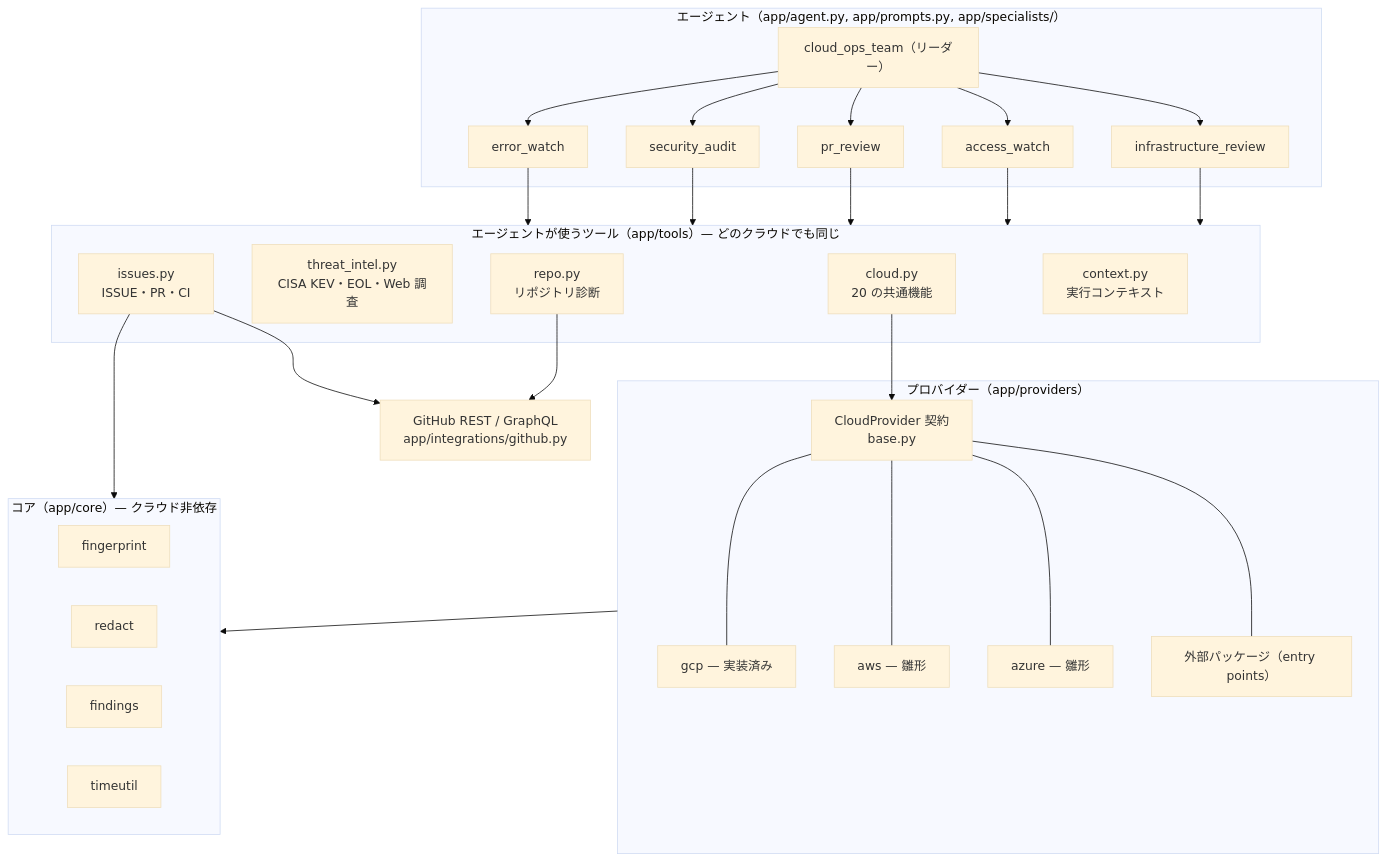
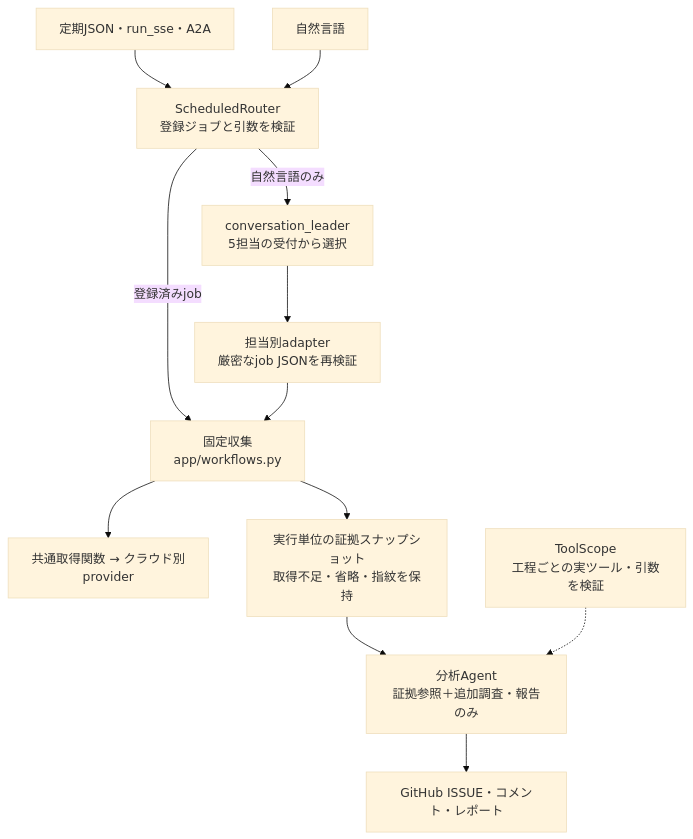
The second of 4 diagrams in docs/architecture.md (atsuki-sakai/cloud-ops-team), drawn with Mermaid (base theme) before and after one commit. The commit also changed other lines of this file and 30 other files, not shown here.

````diff
--- a/docs/architecture.md
+++ b/docs/architecture.md
@@ -44,39 +44,14 @@
 ```mermaid
 flowchart TB
-    subgraph Agents["エージェント（app/agent.py, app/prompts.py, app/specialists/）"]
-        ROOT["cloud_ops_team（リーダー）"]
-        EW["error_watch"]
-        SA["security_audit"]
-        PR["pr_review"]
-        AW["access_watch"]
-        IR["infrastructure_review"]
-        ROOT --> EW & SA & PR & AW & IR
-    end
-    subgraph Tools["エージェントが使うツール（app/tools）— どのクラウドでも同じ"]
-        CLOUD["cloud.py<br/>20 の共通機能"]
-        TI["threat_intel.py<br/>CISA KEV・EOL・Web 調査"]
-        REPO["repo.py<br/>リポジトリ診断"]
-        ISS["issues.py<br/>ISSUE・PR・CI"]
-        CTX["context.py<br/>実行コンテキスト"]
-    end
-    subgraph Providers["プロバイダー（app/providers）"]
-        BASE["CloudProvider 契約<br/>base.py"]
-        GCP["gcp — 実装済み"]
-        AWS["aws — 雛形"]
-        AZ["azure — 雛形"]
-        EXT["外部パッケージ（entry points）"]
-        BASE --- GCP & AWS & AZ & EXT
-    end
-    subgraph Core["コア（app/core）— クラウド非依存"]
-        FP["fingerprint"]
-        RD["redact"]
-        FD["findings"]
-        TU["timeutil"]
-    end
-    GH["GitHub REST / GraphQL<br/>app/integrations/github.py"]
-    EW & SA & PR & AW & IR --> Tools
-    CLOUD --> BASE
-    ISS & REPO --> GH
-    Providers --> Core
-    ISS --> Core
+    JSON["定期JSON・run_sse・A2A"] --> R["ScheduledRouter<br/>登録ジョブと引数を検証"]
+    NL["自然言語"] --> R
+    R -->|"自然言語のみ"| L["conversation_leader<br/>5担当の受付から選択"]
+    L --> D["担当別adapter<br/>厳密なjob JSONを再検証"]
+    R -->|"登録済みjob"| W["固定収集<br/>app/workflows.py"]
+    D --> W
+    W --> P["共通取得関数 → クラウド別provider"]
+    W --> E["実行単位の証拠スナップショット<br/>取得不足・省略・指紋を保持"]
+    E --> A["分析Agent<br/>証拠参照＋追加調査・報告のみ"]
+    B["ToolScope<br/>工程ごとの実ツール・引数を検証"] -.-> A
+    A --> G["GitHub ISSUE・コメント・レポート"]
 ```
````
